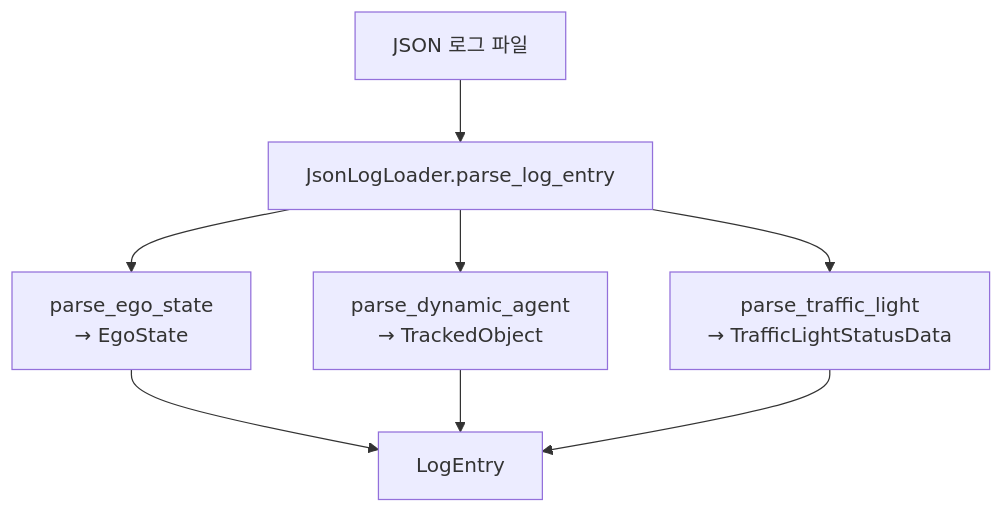
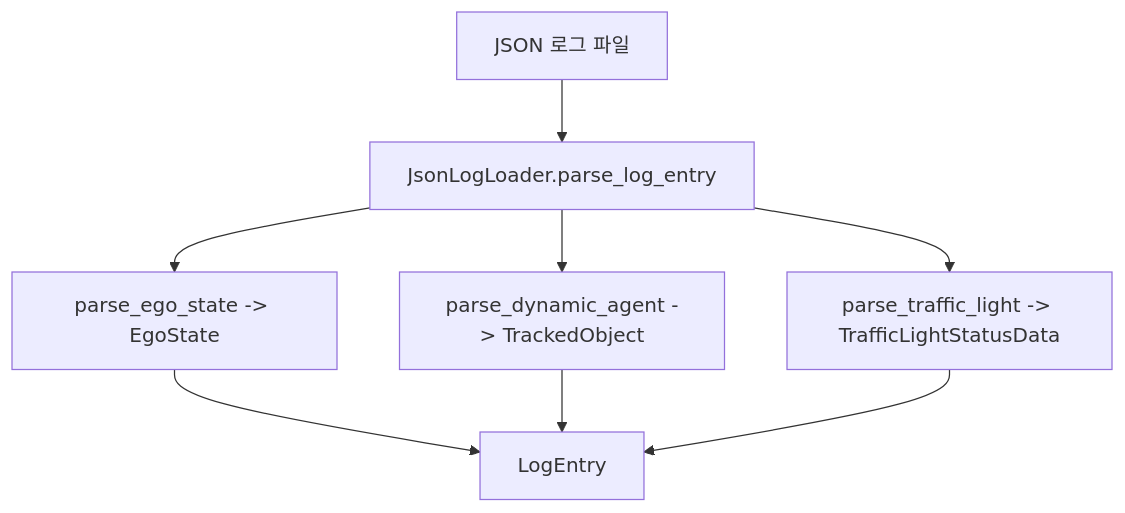
The third of 5 diagrams in doc/02_data_structures.md (etri/ad_scenario_classifier), drawn with Mermaid before and after one commit. The commit also changed other lines of this file and 5 other files, not shown here.

````diff
--- a/doc/02_data_structures.md
+++ b/doc/02_data_structures.md
@@ -453,10 +401,10 @@
 ```mermaid
 flowchart TD
     A[JSON 로그 파일] --> B[JsonLogLoader.parse_log_entry]
-    B --> C[parse_ego_state<br/>→ EgoState]
-    B --> D[parse_dynamic_agent<br/>→ TrackedObject]
-    B --> E[parse_traffic_light<br/>→ TrafficLightStatusData]
+    B --> C["parse_ego_state -> EgoState"]
+    B --> D["parse_dynamic_agent -> TrackedObject"]
+    B --> E["parse_traffic_light -> TrafficLightStatusData"]
     C --> F[LogEntry]
     D --> F
     E --> F
 ```
````
